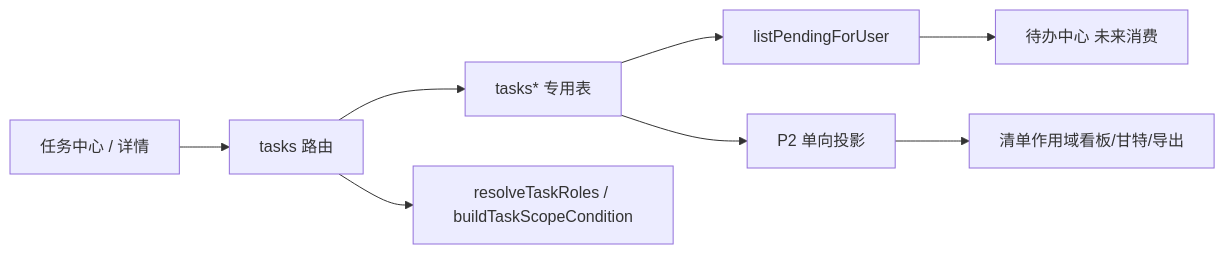
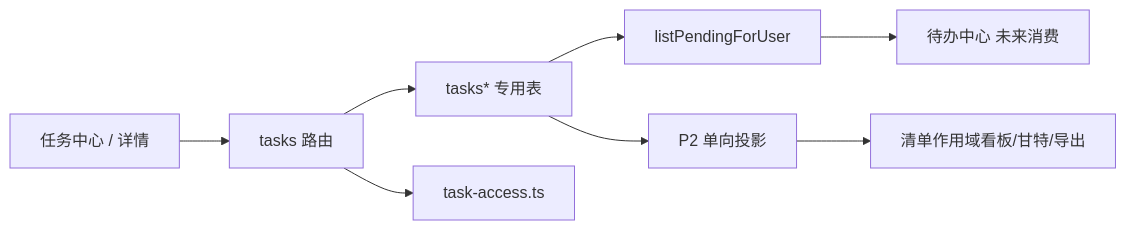
One commit to zensgit/metasheet2 changed the diagram in docs/development/task-feature-design-lock-20260917.md. Above: the diagram before and after it, drawn with Mermaid. The commit also changed other lines of this file and 1 other file, not shown here.

````diff
--- a/docs/development/task-feature-design-lock-20260917.md
+++ b/docs/development/task-feature-design-lock-20260917.md
@@ -37,10 +37,10 @@
 ```mermaid
 flowchart LR
   U["任务中心 / 详情"] --> API["tasks 路由"]
   API --> SOR["tasks* 专用表"]
-  API --> PRED["resolveTaskRoles / buildTaskScopeCondition"]
+  API --> PRED["task-access.ts"]
   SOR --> PEND["listPendingForUser"]
   PEND --> TODO["待办中心 未来消费"]
   SOR --> PROJ["P2 单向投影"]
   PROJ --> META["清单作用域看板/甘特/导出"]
 ```
````
